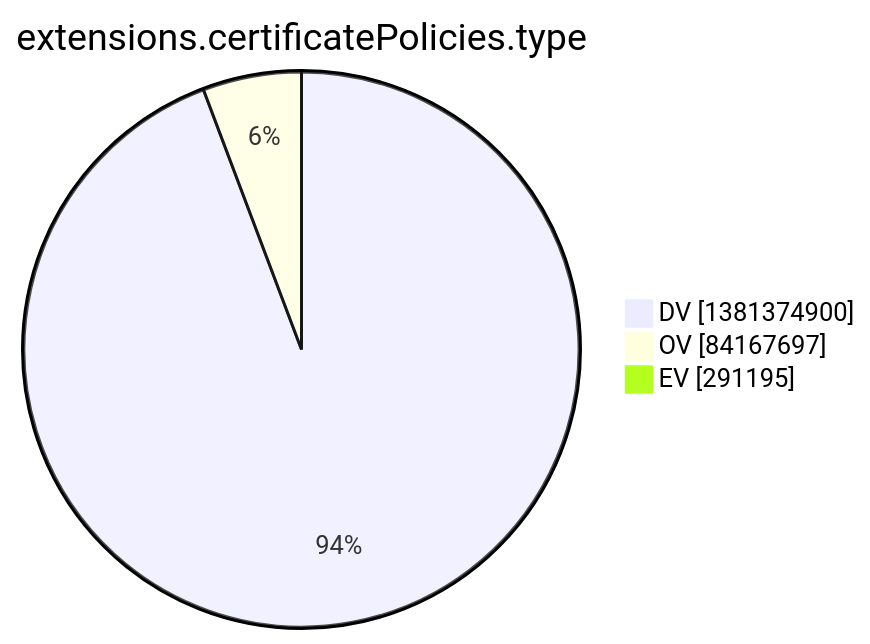
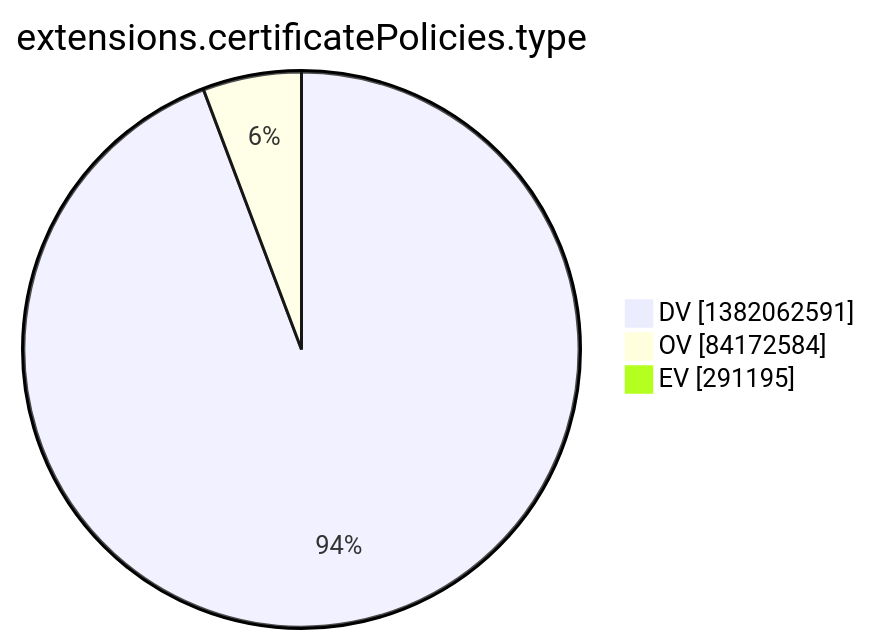
One commit to christiankrug/ctmonitor_visualization changed the tenth of 15 diagrams in argon2022/README.md. Above: the diagram before and after it, drawn with Mermaid. The commit also changed other lines of this file, not shown here.

````diff
--- a/argon2022/README.md
+++ b/argon2022/README.md
@@ -2773,7 +2773,7 @@
 ```mermaid
 pie showData
 title extensions.certificatePolicies.type
-"DV" :1381374900
-"OV" :84167697
+"DV" :1382062591
+"OV" :84172584
 "EV" :291195
 ```
````
